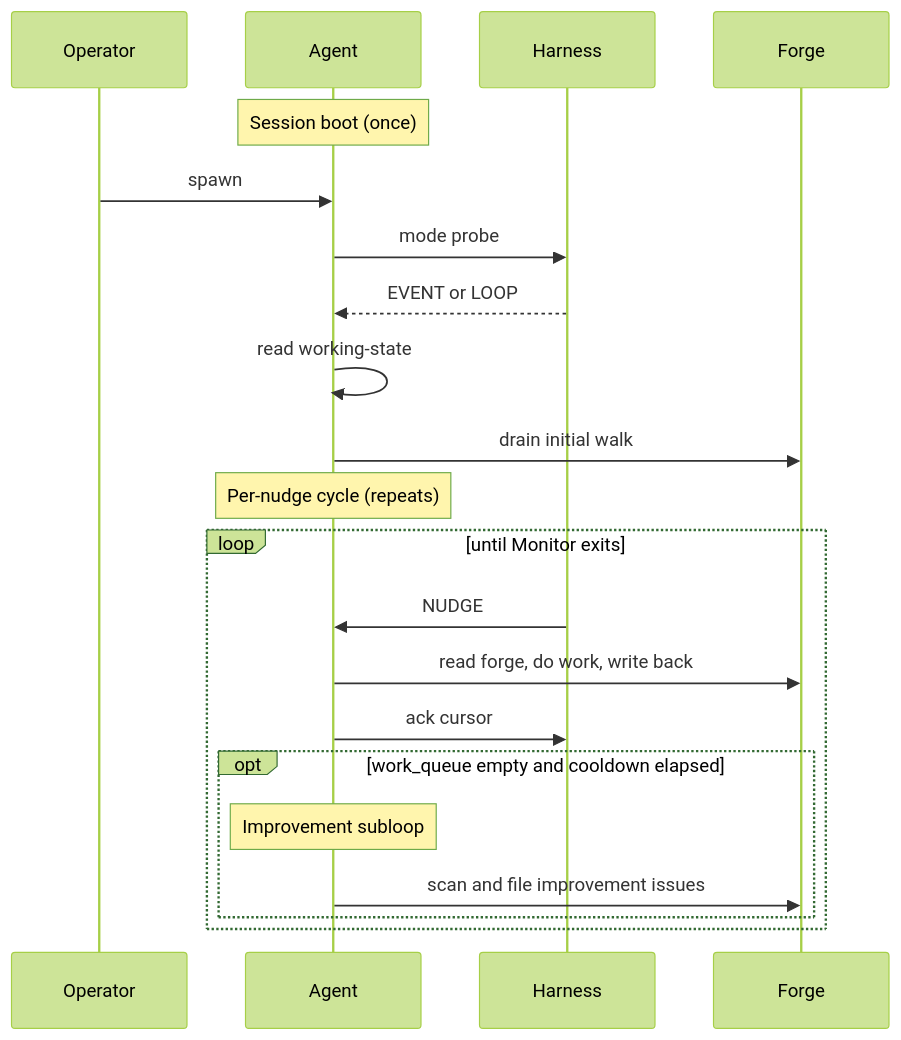
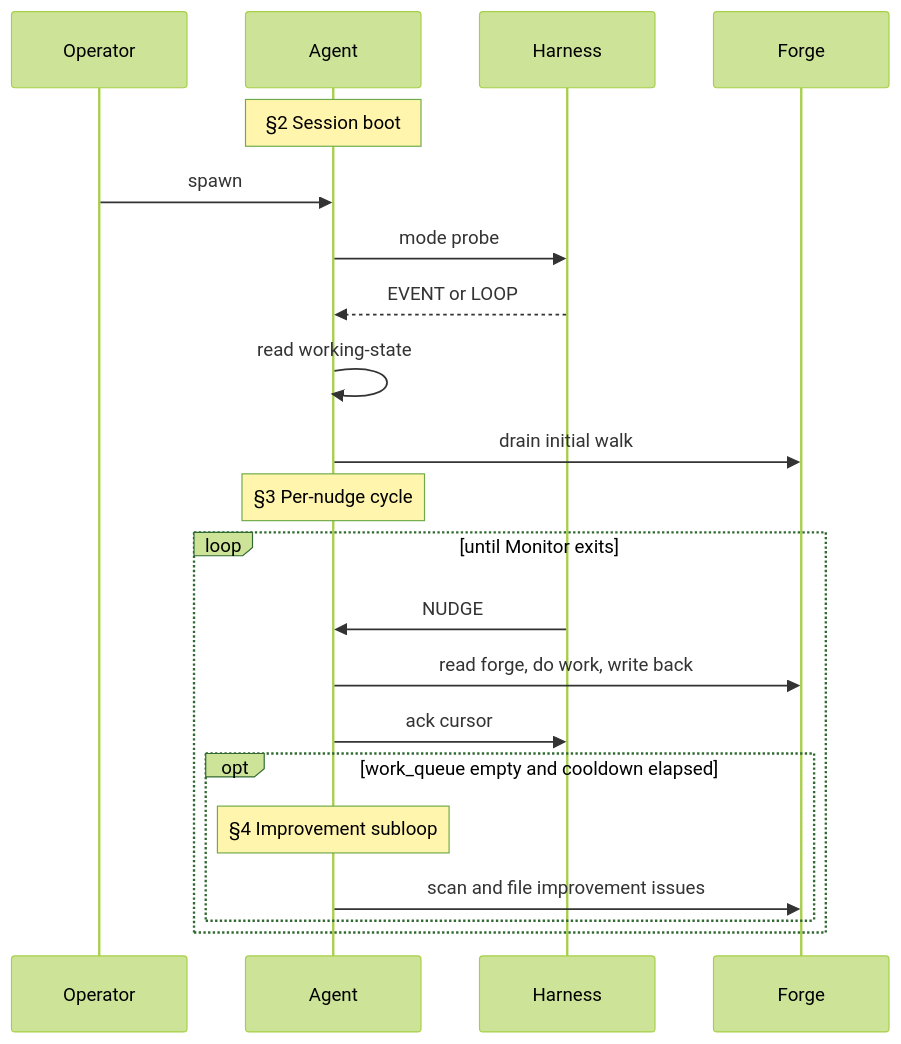
Before and after one commit to WallyDoodlez/SquidSquad: the first of 4 diagrams in .squidsquad/dm/CLAUDE.linked.md, drawn with Mermaid (forest theme). The commit also changed other lines of this file and 9 other files, not shown here.

First line of the commit message:
skill: #11144 — index 'Your cycle (event mode)' H4s 1-7, promote Improvement subloop under it, sync diagram §N labels (+ guard test)

````diff
--- a/.squidsquad/dm/CLAUDE.linked.md
+++ b/.squidsquad/dm/CLAUDE.linked.md
@@ -220,23 +220,23 @@
 ```mermaid
 sequenceDiagram
     participant O as Operator
     participant A as Agent
     participant H as Harness
     participant F as Forge
-    Note over A: Session boot (once)
+    Note over A: §2 Session boot
     O->>A: spawn
     A->>H: mode probe
     H-->>A: EVENT or LOOP
     A->>A: read working-state
     A->>F: drain initial walk
-    Note over A: Per-nudge cycle (repeats)
+    Note over A: §3 Per-nudge cycle
     loop until Monitor exits
         H->>A: NUDGE
         A->>F: read forge, do work, write back
         A->>H: ack cursor
         opt work_queue empty and cooldown elapsed
-            Note over A: Improvement subloop
+            Note over A: §4 Improvement subloop
             A->>F: scan and file improvement issues
         end
     end
 ```
````
